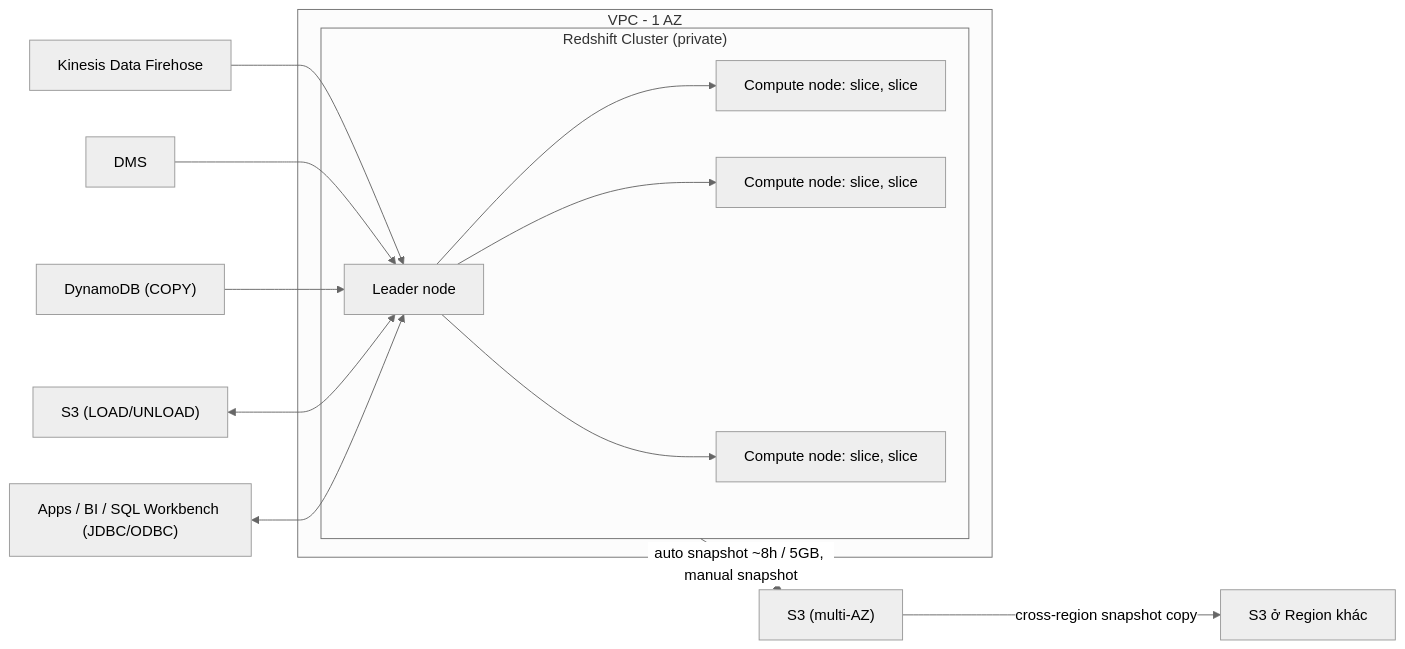
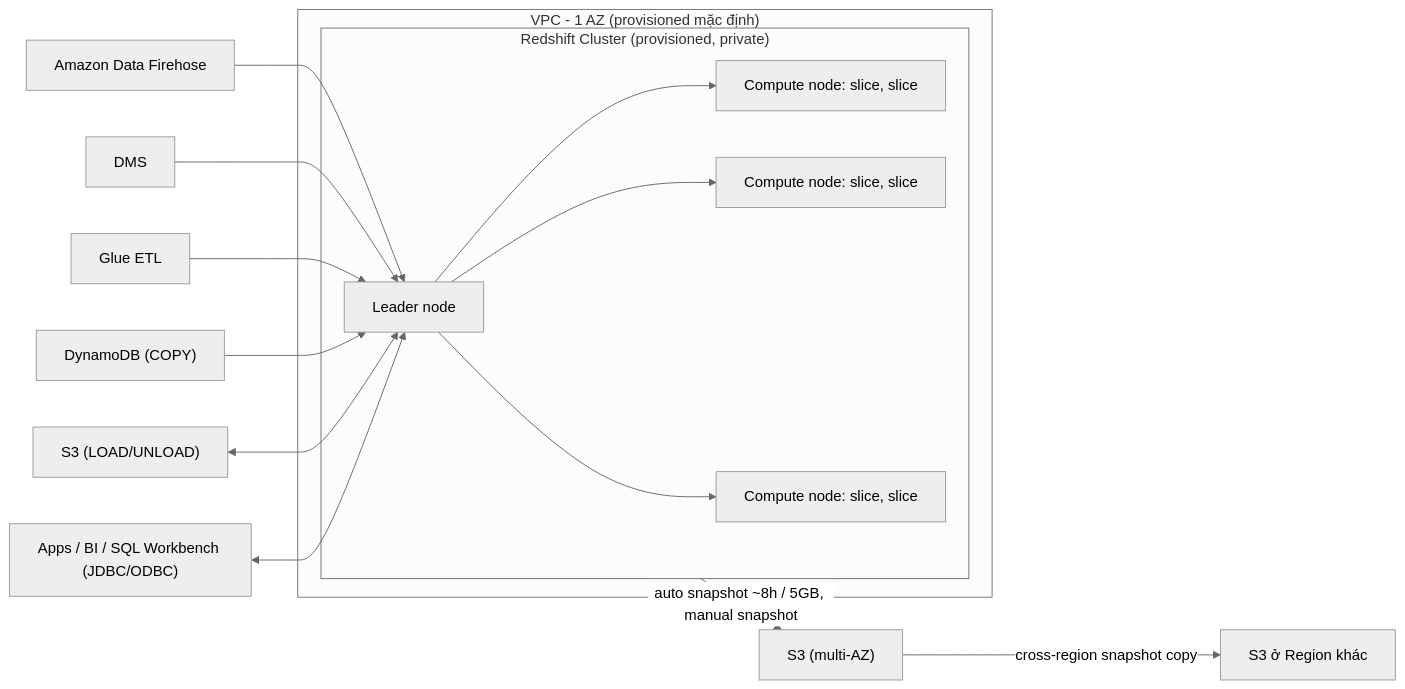
Before and after one commit to hairbui76/aws-saa-c03: the diagram in data/20 NoSQL and Analytics/Redshift.md, drawn with Mermaid (neutral theme). The commit also changed other lines of this file and 74 other files, not shown here.

````diff
--- a/data/20 NoSQL and Analytics/Redshift.md
+++ b/data/20 NoSQL and Analytics/Redshift.md
@@ -56,18 +72,19 @@
 ```mermaid
 flowchart LR
-    FH["Kinesis Data Firehose"] --> LN
+    FH["Amazon Data Firehose"] --> LN
     DMS["DMS"] --> LN
+    GL["Glue ETL"] --> LN
     DDB["DynamoDB (COPY)"] --> LN
     S3L["S3 (LOAD/UNLOAD)"] <--> LN
     APP["Apps / BI / SQL Workbench (JDBC/ODBC)"] <--> LN
-    subgraph VPC["VPC - 1 AZ"]
-      subgraph CL["Redshift Cluster (private)"]
+    subgraph VPC["VPC - 1 AZ (provisioned mặc định)"]
+      subgraph CL["Redshift Cluster (provisioned, private)"]
         LN["Leader node"]
         LN --> CN1["Compute node: slice, slice"]
         LN --> CN2["Compute node: slice, slice"]
         LN --> CN3["Compute node: slice, slice"]
       end
     end
     CL -->|"auto snapshot ~8h / 5GB, manual snapshot"| S3B["S3 (multi-AZ)"]
     S3B -->|"cross-region snapshot copy"| DR["S3 ở Region khác"]
 ```
````
